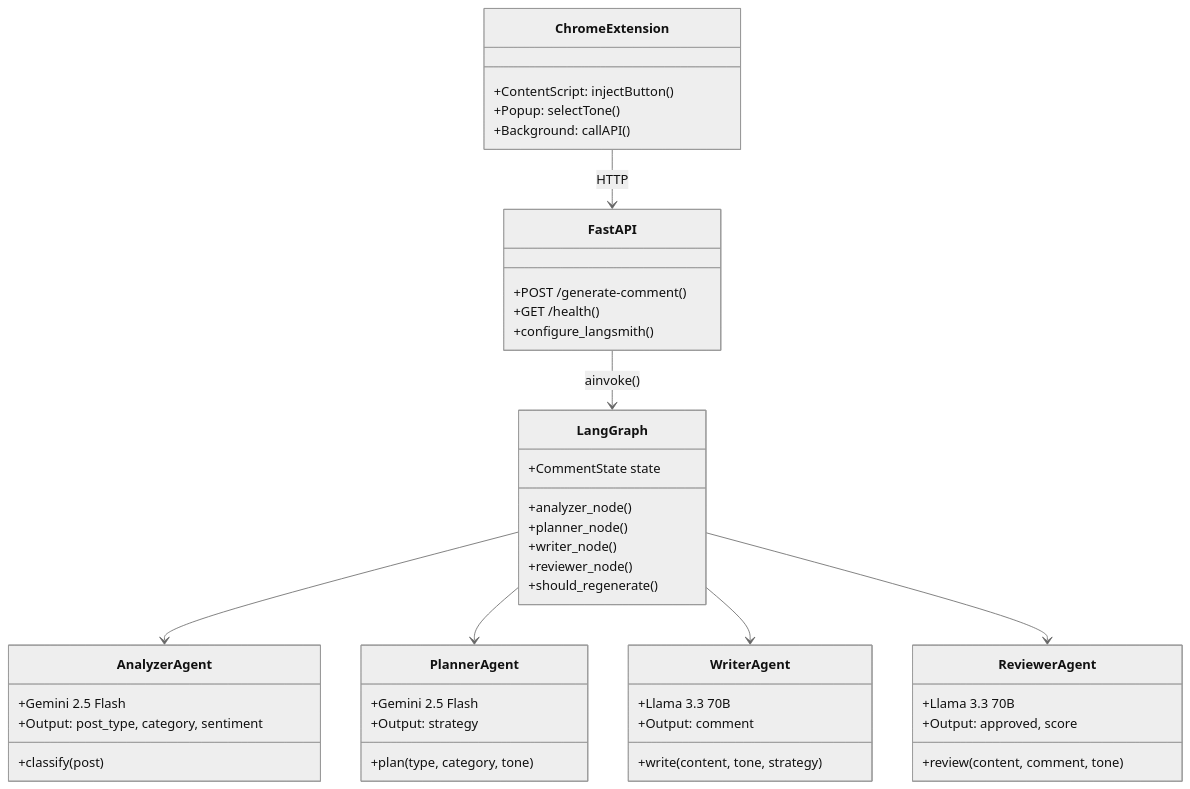
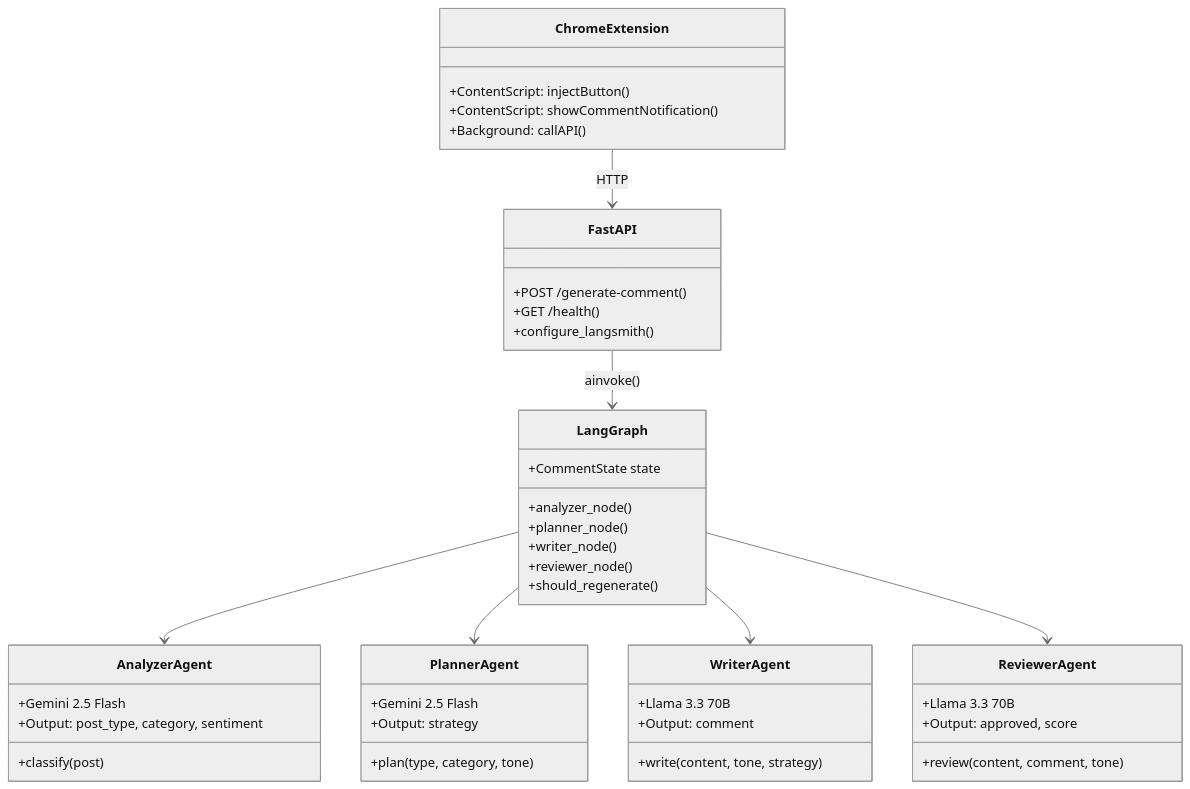
One commit to himanshu231204/linkedin-ai-comment-copilot changed the third of 9 diagrams in doc/ARCHITECTURE.md. Above: the diagram before and after it, drawn with Mermaid (neutral theme). The commit also changed other lines of this file and 2 other files, not shown here.

Commit message:
feat: enhance README and architecture documentation with new comment card features and updated message flow

````diff
--- a/doc/ARCHITECTURE.md
+++ b/doc/ARCHITECTURE.md
@@ -108,54 +106,54 @@
 ```mermaid
 classDiagram
     class ChromeExtension {
         +ContentScript: injectButton()
-        +Popup: selectTone()
+        +ContentScript: showCommentNotification()
         +Background: callAPI()
     }
 
     class FastAPI {
         +POST /generate-comment()
         +GET /health()
         +configure_langsmith()
     }
 
     class LangGraph {
         +CommentState state
         +analyzer_node()
         +planner_node()
         +writer_node()
         +reviewer_node()
         +should_regenerate()
     }
 
     class AnalyzerAgent {
         +Gemini 2.5 Flash
         +classify(post)
         +Output: post_type, category, sentiment
     }
 
     class PlannerAgent {
         +Gemini 2.5 Flash
         +plan(type, category, tone)
         +Output: strategy
     }
 
     class WriterAgent {
         +Llama 3.3 70B
         +write(content, tone, strategy)
         +Output: comment
     }
 
     class ReviewerAgent {
         +Llama 3.3 70B
         +review(content, comment, tone)
         +Output: approved, score
     }
 
     ChromeExtension --> FastAPI : HTTP
     FastAPI --> LangGraph : ainvoke()
     LangGraph --> AnalyzerAgent
     LangGraph --> PlannerAgent
     LangGraph --> WriterAgent
     LangGraph --> ReviewerAgent
 ```
````
